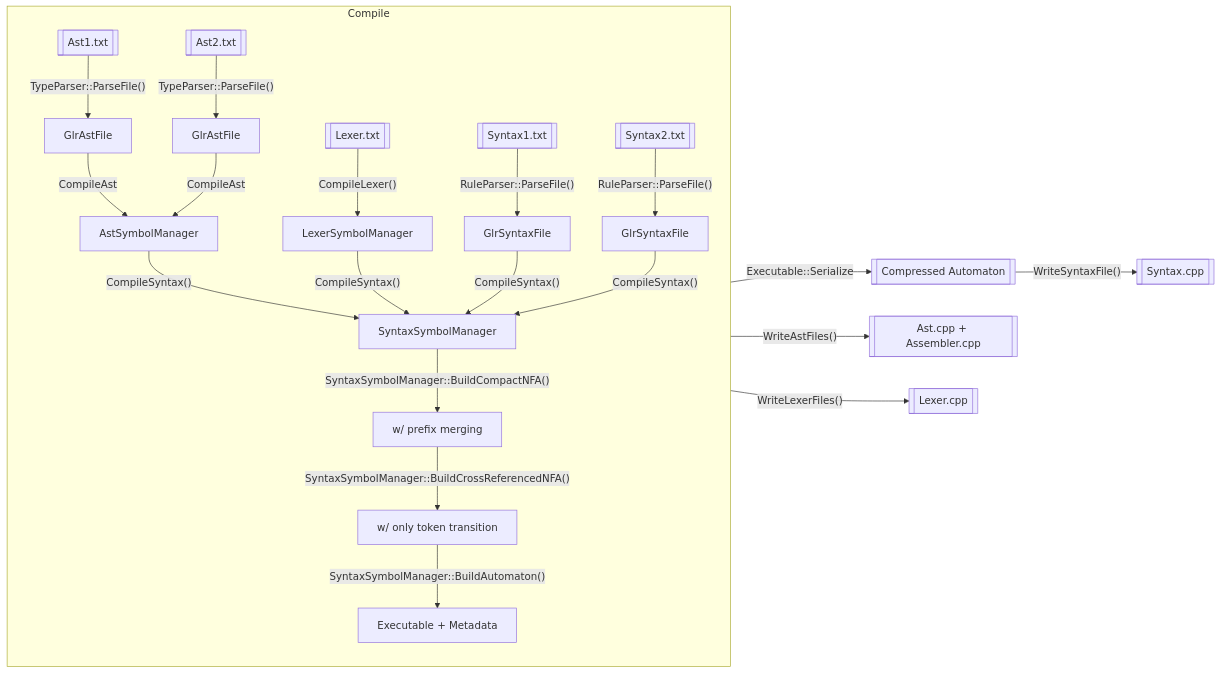
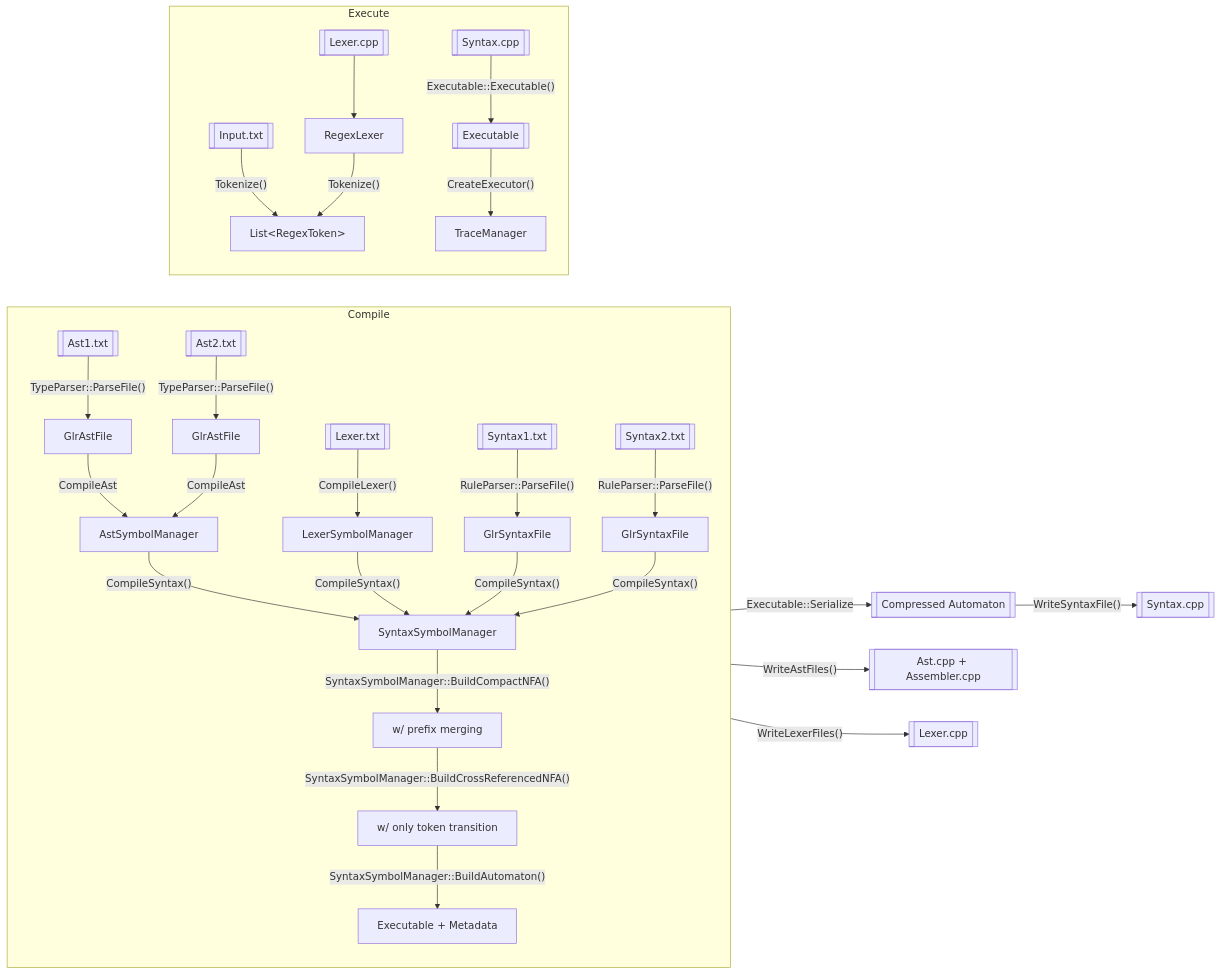
Diagram 28 of 28 in Blog/GLR-Refactoring/Mermaid.md (vczh-websites/vczh), drawn with Mermaid before and after one commit.

````diff
--- a/Blog/GLR-Refactoring/Mermaid.md
+++ b/Blog/GLR-Refactoring/Mermaid.md
@@ -651,24 +651,32 @@
 ```mermaid
 graph LR
   subgraph Compile
     direction TB
     AST_FILE_1[[Ast1.txt]] -- TypeParser::ParseFile() --> AST_1[GlrAstFile]
     AST_FILE_2[[Ast2.txt]] -- TypeParser::ParseFile() --> AST_2[GlrAstFile]
     AST_1 & AST_2 -- CompileAst --> AST_MGR[AstSymbolManager]
   
     LEXER_FILE[[Lexer.txt]] -- CompileLexer() --> LEXER_MGR[LexerSymbolManager]
     
     SYNTAX_FILE_1[[Syntax1.txt]] -- RuleParser::ParseFile() --> SYNTAX_1[GlrSyntaxFile]
     SYNTAX_FILE_2[[Syntax2.txt]] -- RuleParser::ParseFile() --> SYNTAX_2[GlrSyntaxFile]
     AST_MGR & LEXER_MGR & SYNTAX_1 & SYNTAX_2 -- CompileSyntax() --> AST_MGR_1[SyntaxSymbolManager]
   
     AST_MGR_1 -- SyntaxSymbolManager::BuildCompactNFA() --> AST_MGR_2[w/ prefix merging]
     AST_MGR_2 -- SyntaxSymbolManager::BuildCrossReferencedNFA() --> AST_MGR_3[w/ only token transition ]
     AST_MGR_3 -- SyntaxSymbolManager::BuildAutomaton() --> AUTOMATON[Executable + Metadata]
   end
 
+  subgraph Execute
+    direction TB
+    LEXER_GEN_FILE_2[["Lexer.cpp"]] --> LEXER[RegexLexer]
+    INPUT[[Input.txt]] & LEXER -- Tokenize() --> TOKENS[List#lt;RegexToken#gt;]
+    SYNTAX_GEN_FILE_2[["Syntax.cpp"]] -- Executable::Executable() --> EXECUTABLE[[Executable]]
+    EXECUTABLE -- CreateExecutor() --> TRACE_MGR[TraceManager]
+  end
+
   AUTOMATON -- Executable::Serialize --> BINARY[[Compressed Automaton]]
   AST_MGR -- WriteAstFiles() --> AST_GEN_FILE[["Ast.cpp + Assembler.cpp"]]
   LEXER_MGR -- WriteLexerFiles() --> LEXER_GEN_FILE[["Lexer.cpp"]]
   BINARY -- WriteSyntaxFile() --> SYNTAX_GEN_FILE[["Syntax.cpp"]]
 ```
````
